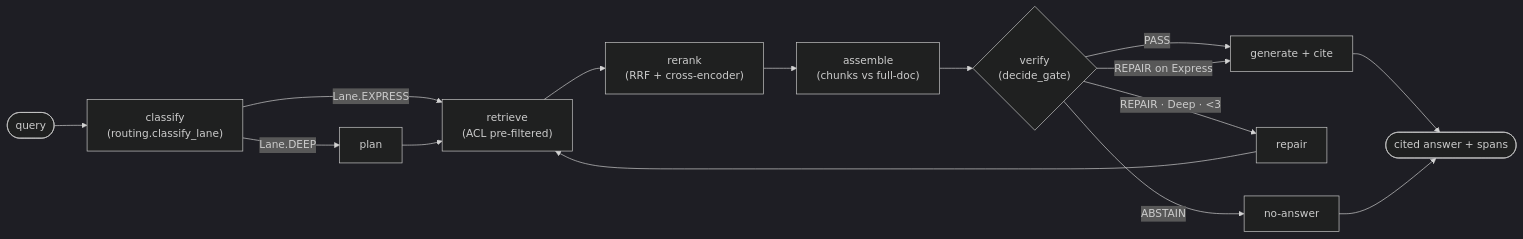
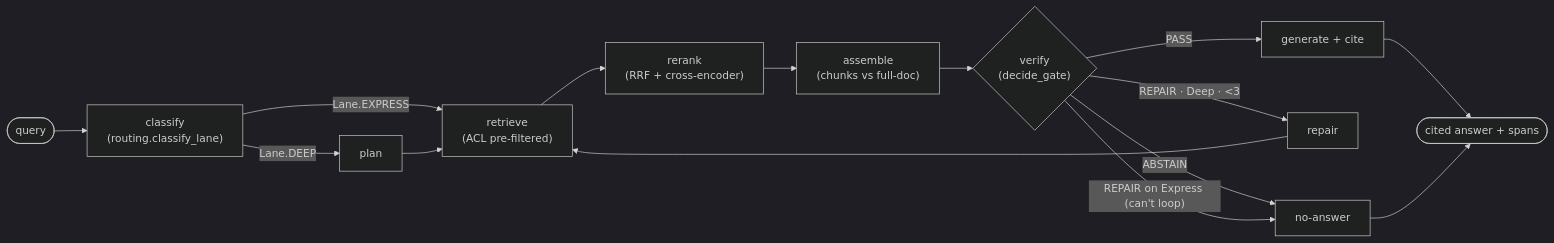
The second of 4 diagrams in docs/ARCHITECTURE.md (anantbhandarkar/knowledge-os), drawn with Mermaid (dark theme) before and after one commit. The commit also changed 26 other files, not shown here.

````diff
--- a/docs/ARCHITECTURE.md
+++ b/docs/ARCHITECTURE.md
@@ -89,17 +89,17 @@
 ```mermaid
 flowchart LR
     START([query]) --> C["classify<br/>(routing.classify_lane)"]
     C -->|"Lane.EXPRESS"| R
     C -->|"Lane.DEEP"| P["plan"]
     P --> R["retrieve<br/>(ACL pre-filtered)"]
     R --> RR["rerank<br/>(RRF + cross-encoder)"]
     RR --> A["assemble<br/>(chunks vs full-doc)"]
     A --> V{"verify<br/>(decide_gate)"}
     V -->|"PASS"| G["generate + cite"]
     V -->|"REPAIR · Deep · &lt;3"| RP["repair"]
     RP --> R
     V -->|"ABSTAIN"| AB["no-answer"]
-    V -->|"REPAIR on Express"| G
+    V -->|"REPAIR on Express (can't loop)"| AB
     G --> END([cited answer + spans])
     AB --> END
 ```
````
